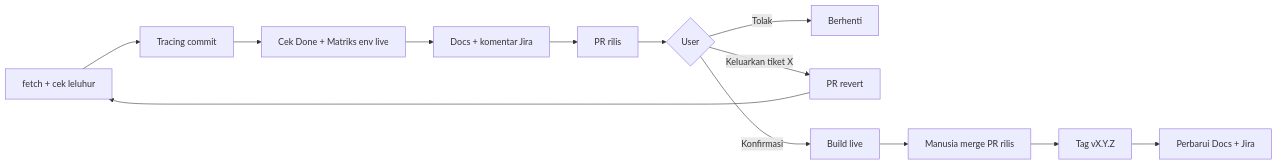
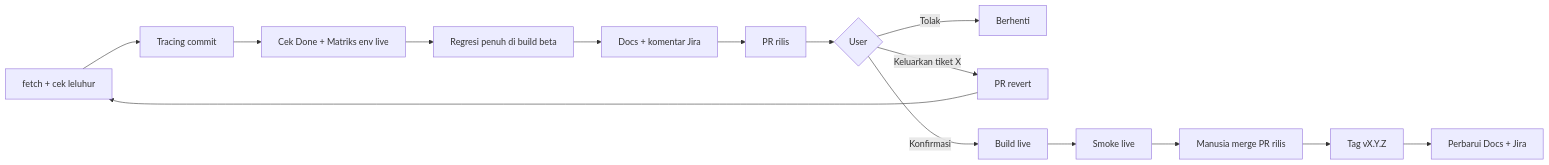
One commit to roiskhoiron/agent-workflow changed the diagram in skills/branch-manager/SKILL.md. Above: the diagram before and after it, drawn with Mermaid. The commit also changed other lines of this file and 9 other files, not shown here.

Commit message:
feat: regression test 3 lapis (area terdampak, regresi penuh beta, smoke live)

````diff
--- a/skills/branch-manager/SKILL.md
+++ b/skills/branch-manager/SKILL.md
@@ -10,8 +10,8 @@
 ```mermaid
 flowchart LR
   F[fetch + cek leluhur] --> T[Tracing commit] --> C[Cek Done + Matriks env live]
-  C --> D[Docs + komentar Jira] --> P[PR rilis] --> Q{User}
+  C --> RG[Regresi penuh di build beta] --> D[Docs + komentar Jira] --> P[PR rilis] --> Q{User}
   Q -- Tolak --> S[Berhenti]
   Q -- Keluarkan tiket X --> R[PR revert] --> F
-  Q -- Konfirmasi --> B[Build live] --> W[Manusia merge PR rilis] --> G[Tag vX.Y.Z] --> U[Perbarui Docs + Jira]
+  Q -- Konfirmasi --> B[Build live] --> SM[Smoke live] --> W[Manusia merge PR rilis] --> G[Tag vX.Y.Z] --> U[Perbarui Docs + Jira]
 ```
````
